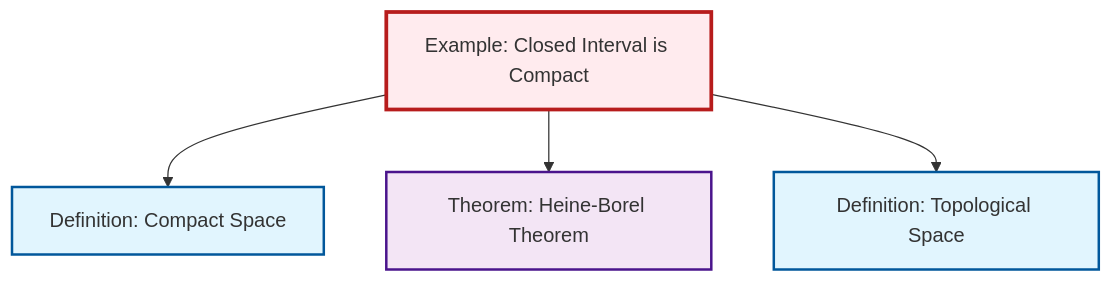
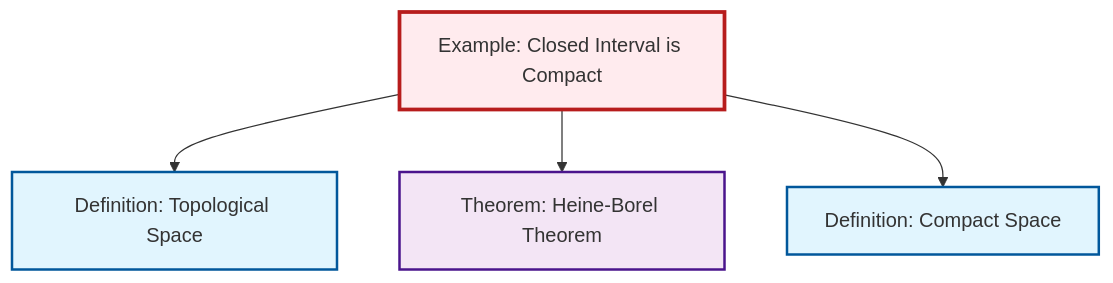
One commit to RK0429/ModernMath changed the diagram in content/en/topology/ex-closed-interval-compact.qmd. Above: the diagram before and after it, drawn with Mermaid. The commit also changed other lines of this file and 474 other files, not shown here.

````diff
--- a/content/en/topology/ex-closed-interval-compact.qmd
+++ b/content/en/topology/ex-closed-interval-compact.qmd
@@ -54,20 +54,20 @@
 ```{mermaid}
 %%| fig-cap: "Local dependency graph"
 graph TD
     classDef definition fill:#e1f5fe,stroke:#01579b,stroke-width:2px
     classDef theorem fill:#f3e5f5,stroke:#4a148c,stroke-width:2px
     classDef axiom fill:#fff3e0,stroke:#e65100,stroke-width:2px
     classDef example fill:#e8f5e9,stroke:#1b5e20,stroke-width:2px
     classDef current fill:#ffebee,stroke:#b71c1c,stroke-width:3px
+    thm-heine-borel["Theorem: Heine-Borel Theorem"]:::theorem
+    def-topological-space["Definition: Topological Space"]:::definition
     ex-closed-interval-compact["Example: Closed Interval is Compact"]:::example
-    def-topological-space["Definition: Topological Space"]:::definition
-    thm-heine-borel["Theorem: Heine-Borel Theorem"]:::theorem
     def-compact["Definition: Compact Space"]:::definition
+    ex-closed-interval-compact --> def-topological-space
+    ex-closed-interval-compact --> thm-heine-borel
     ex-closed-interval-compact --> def-compact
-    ex-closed-interval-compact --> thm-heine-borel
-    ex-closed-interval-compact --> def-topological-space
     class ex-closed-interval-compact current
+    click thm-heine-borel "thm-heine-borel.html" "Go to Heine-Borel Theorem theorem"
     click def-topological-space "def-topological-space.html" "Go to Topological Space definition"
-    click thm-heine-borel "thm-heine-borel.html" "Go to Heine-Borel Theorem theorem"
     click def-compact "def-compact.html" "Go to Compact Space definition"
 ```
````
